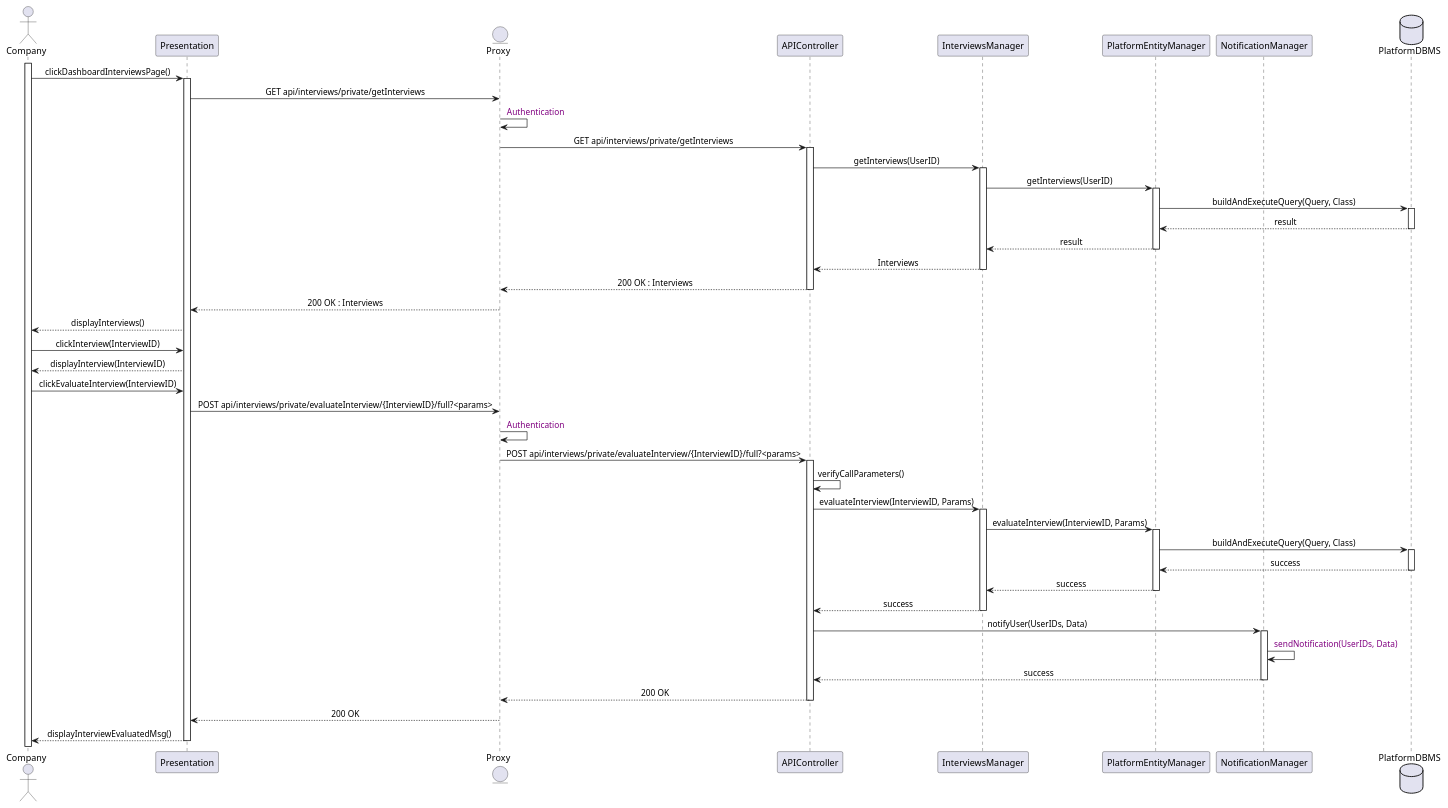
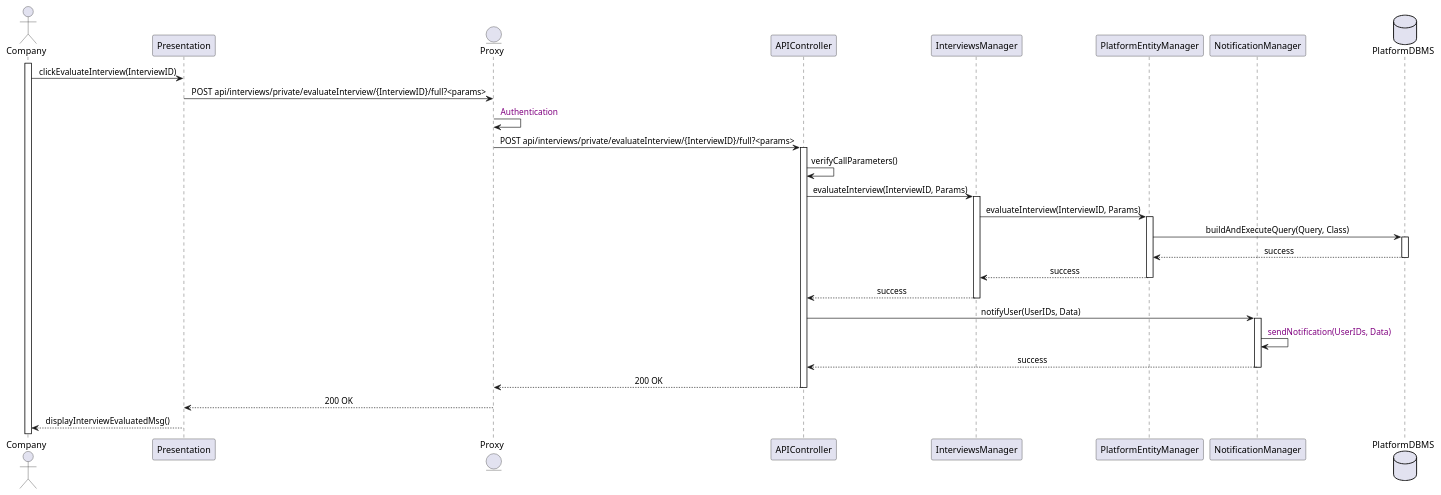
Before and after one commit to Slaitroc/RicciPaoliGrisoni: the diagram in Diagrams/SequenceDiagrams/DD/12CompanyEvaluatesInterview.wsd, drawn with PlantUML. The commit also changed 1 other file, not shown here.

Commit message:
add SequenceDiagram 15

```diff
--- a/Diagrams/SequenceDiagrams/DD/12CompanyEvaluatesInterview.wsd
+++ b/Diagrams/SequenceDiagrams/DD/12CompanyEvaluatesInterview.wsd
@@ -1,75 +1,45 @@
 @startuml CompanyEvaluatesInterview
 skinparam sequenceMessageAlign center
 actor       Company
 participant Presentation
 entity      Proxy
 participant APIController
 participant InterviewsManager
 participant PlatformEntityManager
 participant NotificationManager 
 database    PlatformDBMS
 
+'Assuming Company has already evaluated each question of the interview 
+'params of the call can be something like like 
+'{ "answer": [ { "questionID": 1}, {"evaluation": 5}, { "questionID": 2}, {"evaluation": 4} }
 activate Company
-Company -> Presentation : clickDashboardInterviewsPage()
-activate Presentation
-Presentation -> Proxy : GET api/interviews/private/getInterviews
-Proxy -> Proxy : <color:purple> Authentication
-Proxy -> APIController : GET api/interviews/private/getInterviews
-activate APIController
-APIController -> InterviewsManager : getInterviews(UserID)
-activate InterviewsManager
-InterviewsManager -> PlatformEntityManager : getInterviews(UserID)
-activate PlatformEntityManager
-PlatformEntityManager -> PlatformDBMS : buildAndExecuteQuery(Query, Class)
-activate PlatformDBMS
-PlatformDBMS --> PlatformEntityManager : result
-deactivate PlatformDBMS
-PlatformEntityManager --> InterviewsManager : result
-deactivate PlatformEntityManager
-InterviewsManager --> APIController : Interviews
-deactivate InterviewsManager
-APIController --> Proxy : 200 OK : Interviews
-deactivate APIController
-Proxy --> Presentation : 200 OK : Interviews
-deactivate Proxy
-Presentation --> Company : displayInterviews()
-Company -> Presentation : clickInterview(InterviewID)
-Presentation --> Company : displayInterview(InterviewID)
 Company -> Presentation : clickEvaluateInterview(InterviewID)
-'params are the evaluations for each question like 
-'{ "answer": [ { "questionID": 1}, {"evaluation": 5}, { "questionID": 2}, {"evaluation": 4} }
 Presentation -> Proxy : POST api/interviews/private/evaluateInterview/{InterviewID}/full?<params>
 Proxy -> Proxy : <color:purple> Authentication
 Proxy -> APIController : POST api/interviews/private/evaluateInterview/{InterviewID}/full?<params>
 activate APIController
 APIController -> APIController : verifyCallParameters()
 APIController -> InterviewsManager : evaluateInterview(InterviewID, Params)
 activate InterviewsManager
 InterviewsManager -> PlatformEntityManager : evaluateInterview(InterviewID, Params)
 activate PlatformEntityManager
 PlatformEntityManager -> PlatformDBMS : buildAndExecuteQuery(Query, Class)
 activate PlatformDBMS
 PlatformDBMS --> PlatformEntityManager : success
 deactivate PlatformDBMS
 PlatformEntityManager --> InterviewsManager : success
 deactivate PlatformEntityManager
 InterviewsManager --> APIController : success
 deactivate InterviewsManager
 APIController -> NotificationManager : notifyUser(UserIDs, Data)
 activate NotificationManager
 NotificationManager -> NotificationManager : <color:purple> sendNotification(UserIDs, Data)
 NotificationManager --> APIController : success
 deactivate NotificationManager
 APIController --> Proxy : 200 OK
 deactivate APIController
 Proxy --> Presentation : 200 OK
 deactivate Proxy
 Presentation --> Company : displayInterviewEvaluatedMsg()
 deactivate Presentation
-
-
-
-
-
-
 @enduml
```
